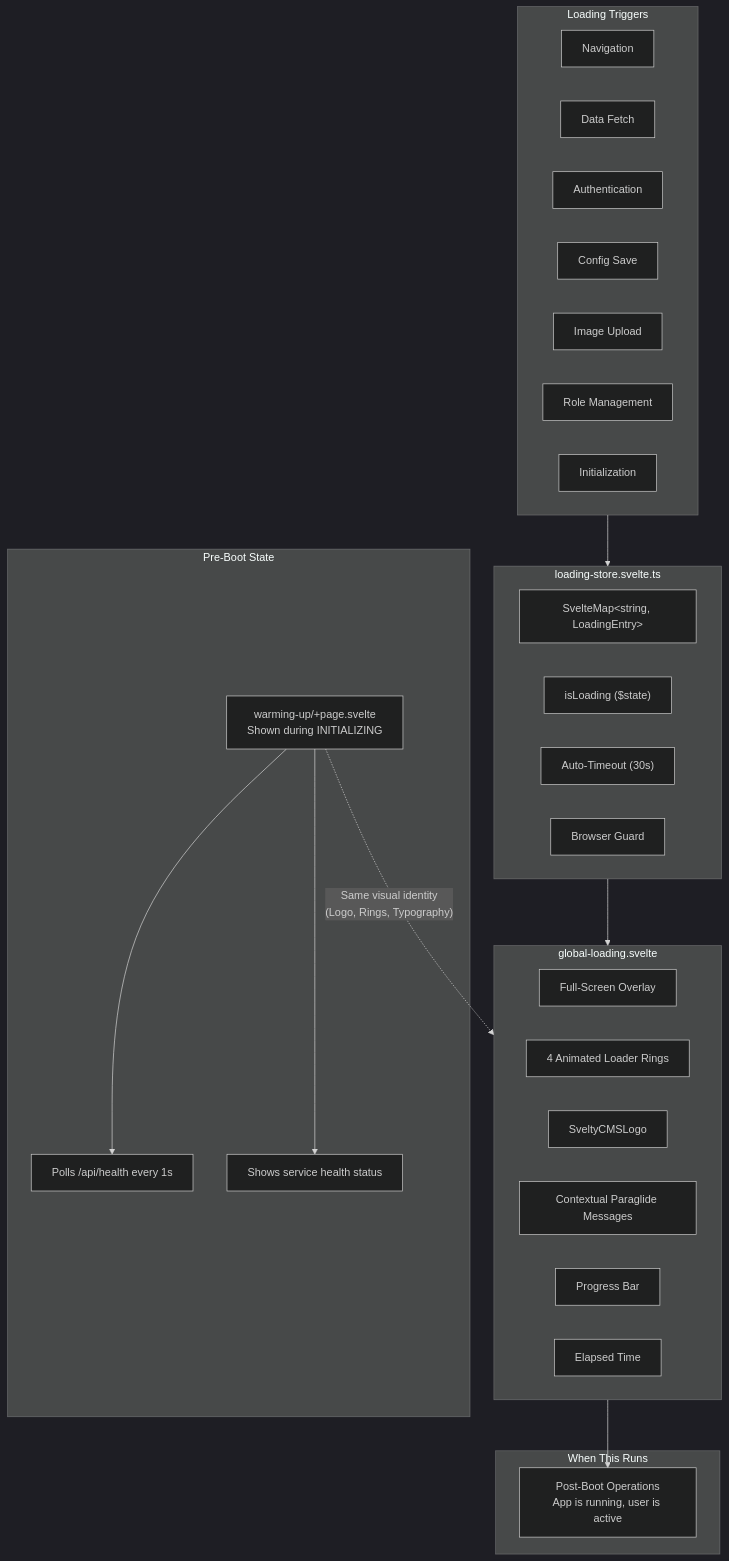
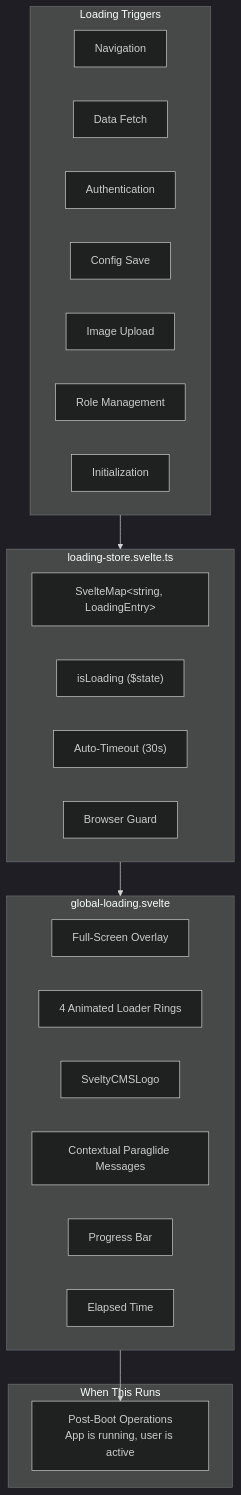
The diagram in docs/reference/architecture/global-loading-store.mdx (SveltyCMS/SveltyCMS), drawn with Mermaid (dark theme) before and after one commit. The commit also changed other lines of this file and 29 other files, not shown here.

````diff
--- a/docs/reference/architecture/global-loading-store.mdx
+++ b/docs/reference/architecture/global-loading-store.mdx
@@ -29,47 +29,36 @@
 ```mermaid
 flowchart TB
     subgraph Consumers["Loading Triggers"]
         NAV[Navigation]
         FETCH[Data Fetch]
         AUTH[Authentication]
         CONFIG[Config Save]
         UPLOAD[Image Upload]
         ROLE[Role Management]
         INIT[Initialization]
     end
 
     subgraph Store["loading-store.svelte.ts"]
         MAP["SvelteMap&lt;string, LoadingEntry&gt;"]
         IS_LOADING["isLoading ($state)"]
         TIMEOUT["Auto-Timeout (30s)"]
         SSR_GUARD["Browser Guard"]
     end
 
     subgraph UI["global-loading.svelte"]
         OVERLAY["Full-Screen Overlay"]
         RINGS["4 Animated Loader Rings"]
         LOGO["SveltyCMSLogo"]
         TEXT["Contextual Paraglide Messages"]
         PROGRESS["Progress Bar"]
         ELAPSED["Elapsed Time"]
     end
 
     subgraph Lifecycle["When This Runs"]
         POST_BOOT["Post-Boot Operations<br/>App is running, user is active"]
     end
 
-    subgraph WarmingUp["Pre-Boot State"]
-        WU_PAGE["warming-up/+page.svelte<br/>Shown during INITIALIZING"]
-        WU_POLL["Polls /api/health every 1s"]
-        WU_SERVICES["Shows service health status"]
-    end
-
     Consumers --> Store
     Store --> UI
     UI --> POST_BOOT
-
-    WU_PAGE --> WU_POLL
-    WU_PAGE --> WU_SERVICES
-
-    WU_PAGE -.->|"Same visual identity<br/>(Logo, Rings, Typography)"| UI
 ```
````
